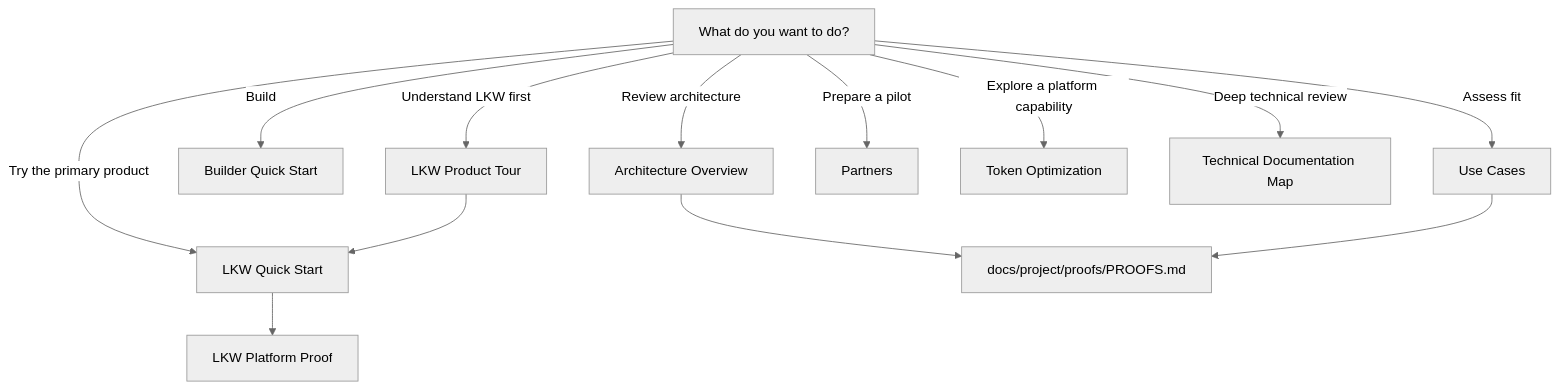
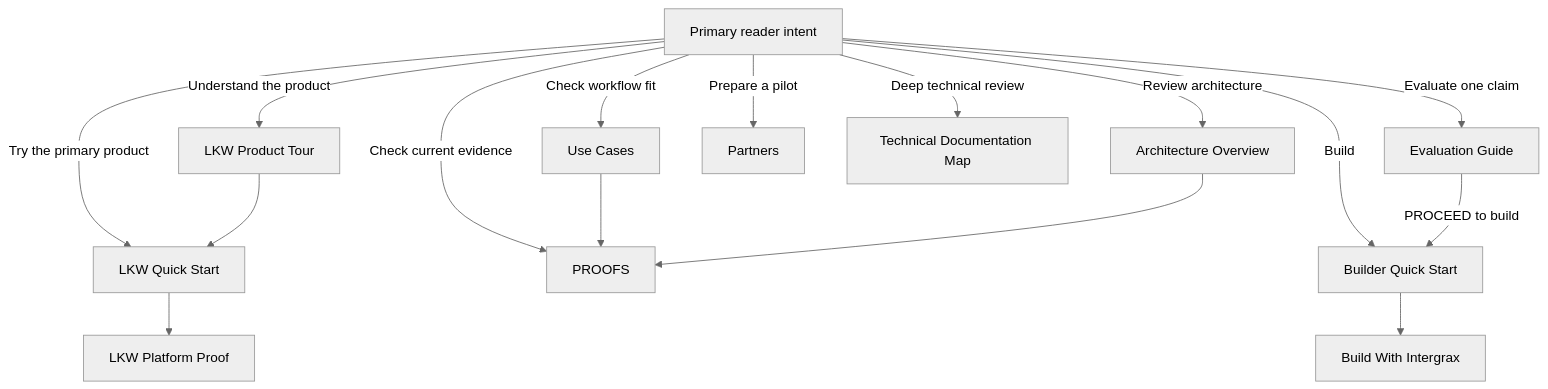
Before and after one commit to jakbuczarnecki/intergrax: the diagram in docs/project/community/PUBLIC_DOCUMENTATION_MAP.md, drawn with Mermaid (neutral theme). The commit also changed other lines of this file and 4 other files, not shown here.

````diff
--- a/docs/project/community/PUBLIC_DOCUMENTATION_MAP.md
+++ b/docs/project/community/PUBLIC_DOCUMENTATION_MAP.md
@@ -15,17 +15,20 @@
 ```mermaid
 flowchart TD
-    S[What do you want to do?]
+    S[Primary reader intent]
     S -->|Try the primary product| Q[LKW Quick Start]
-    S -->|Understand LKW first| T[LKW Product Tour]
+    S -->|Understand the product| T[LKW Product Tour]
+    S -->|Check workflow fit| U[Use Cases]
+    S -->|Check current evidence| R[PROOFS]
+    S -->|Evaluate one claim| E[Evaluation Guide]
     S -->|Build| B[Builder Quick Start]
     S -->|Review architecture| A[Architecture Overview]
-    S -->|Assess fit| U[Use Cases]
     S -->|Prepare a pilot| P[Partners]
-    S -->|Explore a platform capability| O[Token Optimization]
     S -->|Deep technical review| D[Technical Documentation Map]
 
     T --> Q
     Q --> L[LKW Platform Proof]
-    A --> R[docs/project/proofs/PROOFS.md]
     U --> R
+    E -->|PROCEED to build| B
+    B --> C[Build With Intergrax]
+    A --> R
 ```
````
